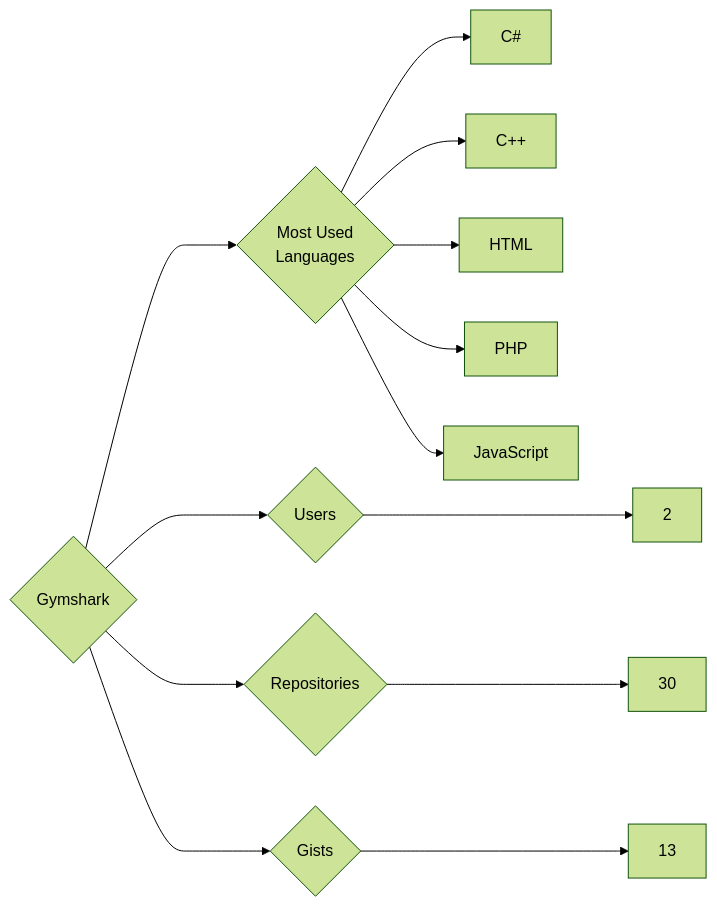
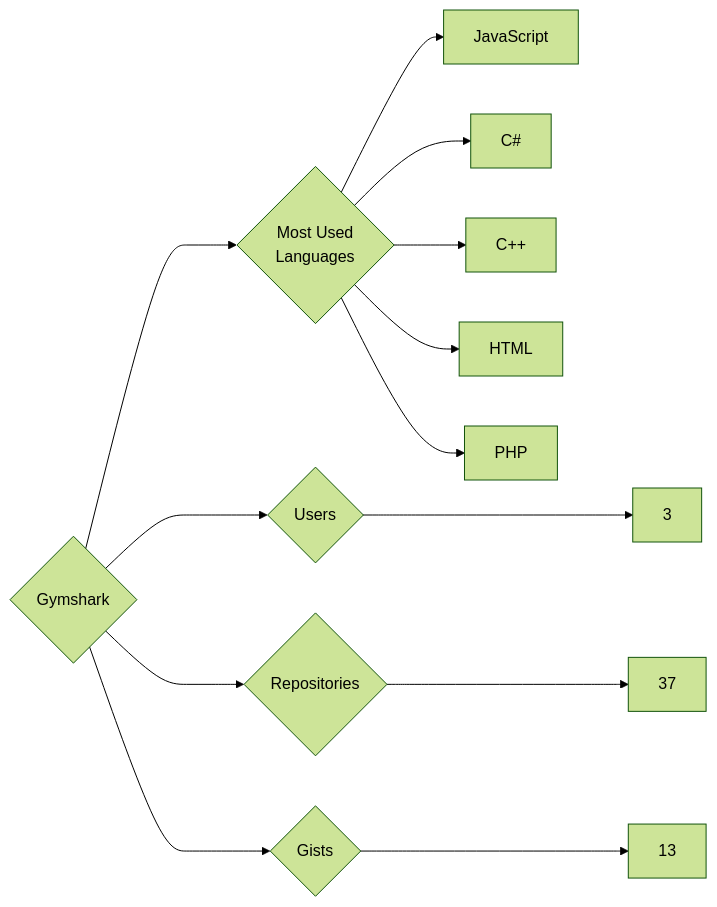
The diagram in targets/Gymshark/README.md (trickest/insiders), drawn with Mermaid (forest theme) before and after one commit. The commit also changed 912 other files, not shown here.

````diff
--- a/targets/Gymshark/README.md
+++ b/targets/Gymshark/README.md
@@ -3,13 +3,13 @@
 ```mermaid
 graph LR
 COMPANY_NAME{Gymshark}
-COMPANY_NAME ---> U{Users} ---> UN[2]
-COMPANY_NAME ---> R{Repositories} ---> RN[30]
+COMPANY_NAME ---> U{Users} ---> UN[3]
+COMPANY_NAME ---> R{Repositories} ---> RN[37]
 COMPANY_NAME ---> G{Gists} ---> GN[13]
 COMPANY_NAME ---> ML{Most Used<br>Languages}
+ML --> JavaScript[JavaScript]
 ML --> C#[C#]
 ML --> C++[C++]
 ML --> HTML[HTML]
 ML --> PHP[PHP]
-ML --> JavaScript[JavaScript]
 ```
````
